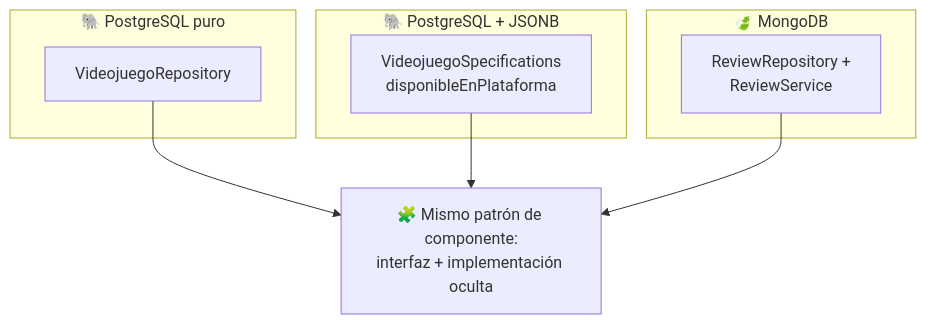
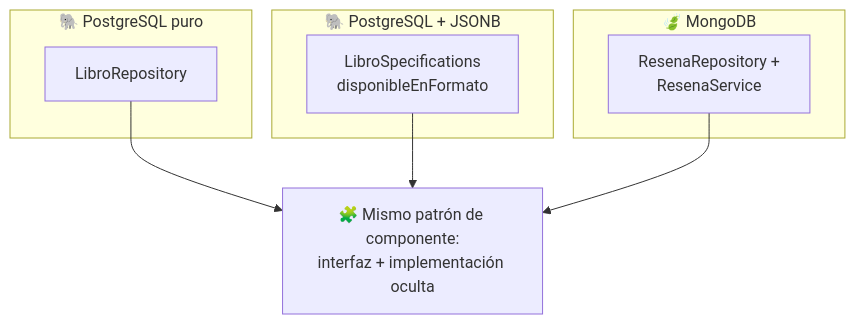
One commit to aitorventura/acceso-a-datos changed the diagram in docs/tema5/componentes-bd-objeto-doc.md. Above: the diagram before and after it, drawn with Mermaid. The commit also changed other lines of this file and 19 other files, not shown here.

````diff
--- a/docs/tema5/componentes-bd-objeto-doc.md
+++ b/docs/tema5/componentes-bd-objeto-doc.md
@@ -39,15 +39,15 @@
 ```mermaid
 flowchart TB
     subgraph JPA["🐘 PostgreSQL puro"]
-        A["VideojuegoRepository"]
+        A["LibroRepository"]
     end
     subgraph JSONB["🐘 PostgreSQL + JSONB"]
-        B["VideojuegoSpecifications<br/>disponibleEnPlataforma"]
+        B["LibroSpecifications<br/>disponibleEnFormato"]
     end
     subgraph MONGO["🍃 MongoDB"]
-        C["ReviewRepository +<br/>ReviewService"]
+        C["ResenaRepository +<br/>ResenaService"]
     end
     A --> D["🧩 Mismo patrón de componente:<br/>interfaz + implementación oculta"]
     B --> D
     C --> D
 ```
````
